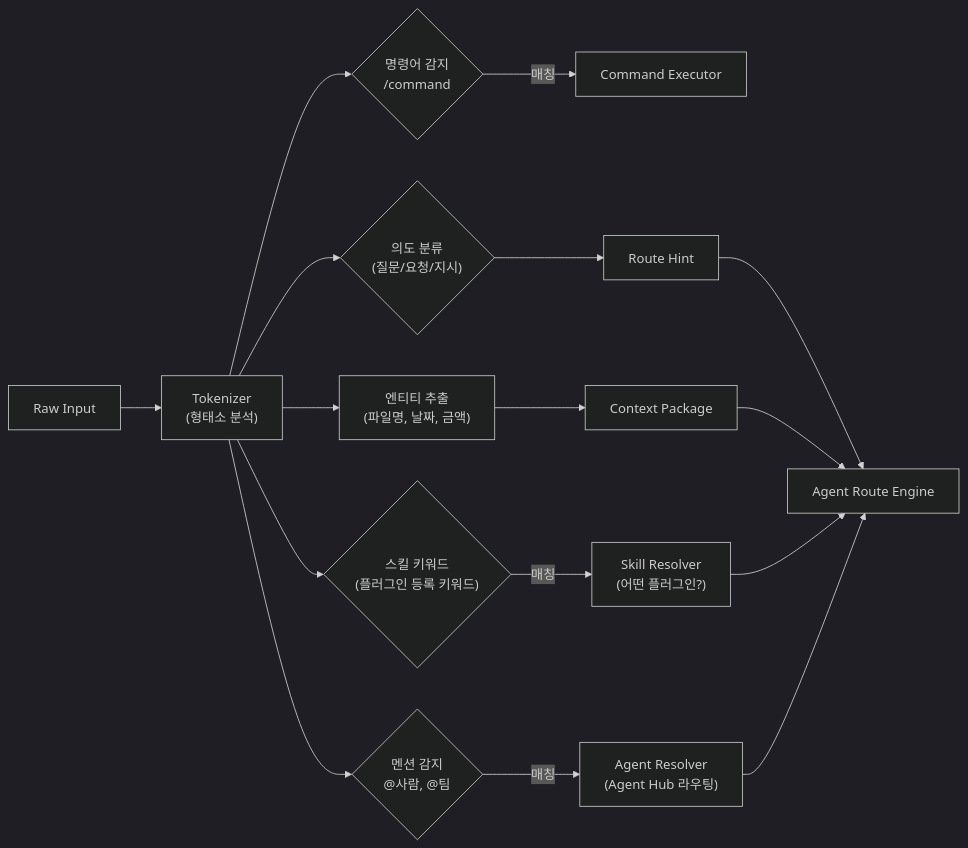
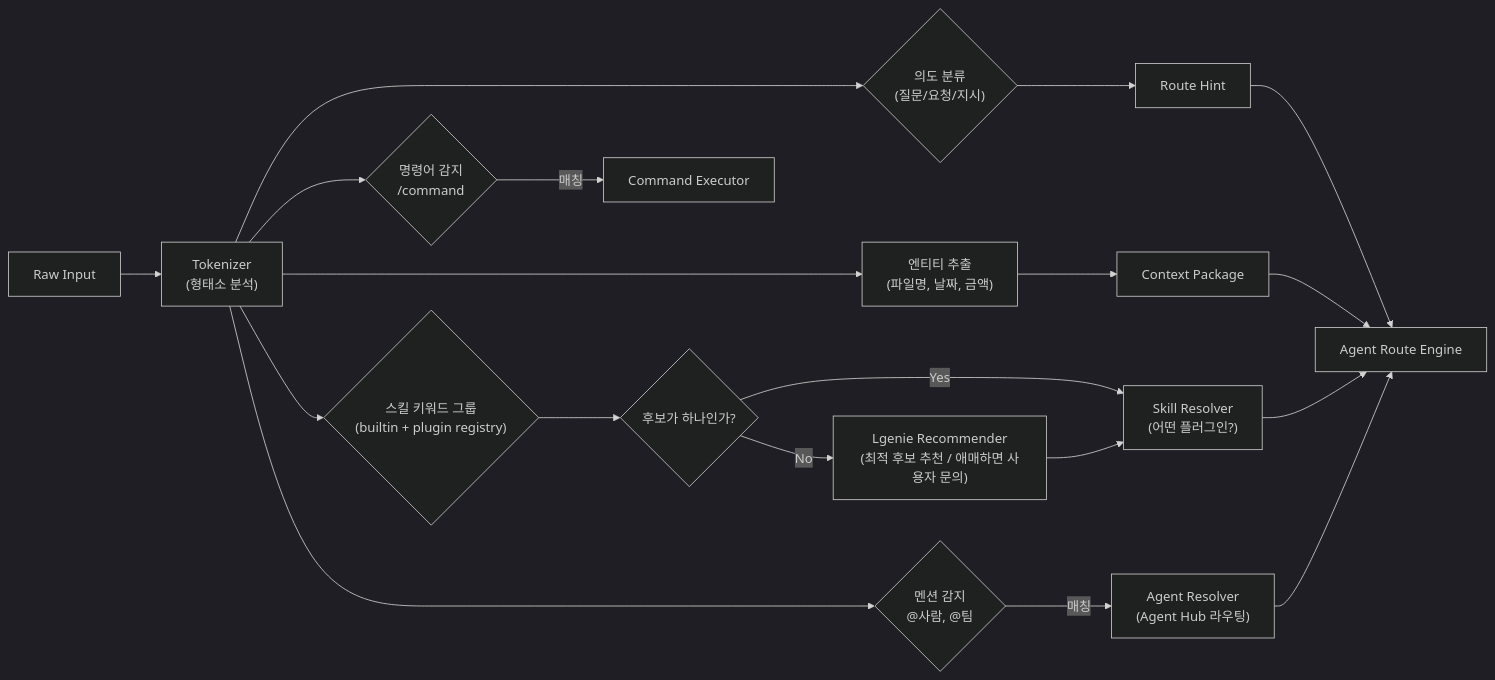
Diagram 17 of 44 in docs/architecture/architecture.md (lvis-project/lvis-app), drawn with Mermaid (dark theme) before and after one commit. The commit also changed other lines of this file and 10 other files, not shown here.

````diff
--- a/docs/architecture/architecture.md
+++ b/docs/architecture/architecture.md
@@ -1229,21 +1240,24 @@
 ```mermaid
 flowchart LR
     INPUT["Raw Input"] --> TOKENIZER["Tokenizer<br/>(형태소 분석)"]
 
     TOKENIZER --> CMD_DETECT{"명령어 감지<br/>/command"}
-    TOKENIZER --> SKILL_DETECT{"스킬 키워드<br/>(플러그인 등록 키워드)"}
+    TOKENIZER --> SKILL_DETECT{"스킬 키워드 그룹<br/>(builtin + plugin registry)"}
     TOKENIZER --> MENTION_DETECT{"멘션 감지<br/>@사람, @팀"}
     TOKENIZER --> INTENT_DETECT{"의도 분류<br/>(질문/요청/지시)"}
     TOKENIZER --> ENTITY_EXTRACT["엔티티 추출<br/>(파일명, 날짜, 금액)"]
+    SKILL_DETECT --> AMBIG{"후보가 하나인가?"}
+    AMBIG -->|"No"| LLM_RECO["Lgenie Recommender<br/>(최적 후보 추천 / 애매하면 사용자 문의)"]
+    AMBIG -->|"Yes"| SKILL_RESOLVE["Skill Resolver<br/>(어떤 플러그인?)"]
 
     CMD_DETECT -->|"매칭"| CMD_EXEC["Command Executor"]
-    SKILL_DETECT -->|"매칭"| SKILL_RESOLVE["Skill Resolver<br/>(어떤 플러그인?)"]
     MENTION_DETECT -->|"매칭"| AGENT_RESOLVE["Agent Resolver<br/>(Agent Hub 라우팅)"]
     INTENT_DETECT --> ROUTE_HINT["Route Hint"]
     ENTITY_EXTRACT --> CTX["Context Package"]
+    LLM_RECO --> SKILL_RESOLVE
 
     ROUTE_HINT --> ROUTE_ENGINE["Agent Route Engine"]
     CTX --> ROUTE_ENGINE
     SKILL_RESOLVE --> ROUTE_ENGINE
     AGENT_RESOLVE --> ROUTE_ENGINE
 ```
````
